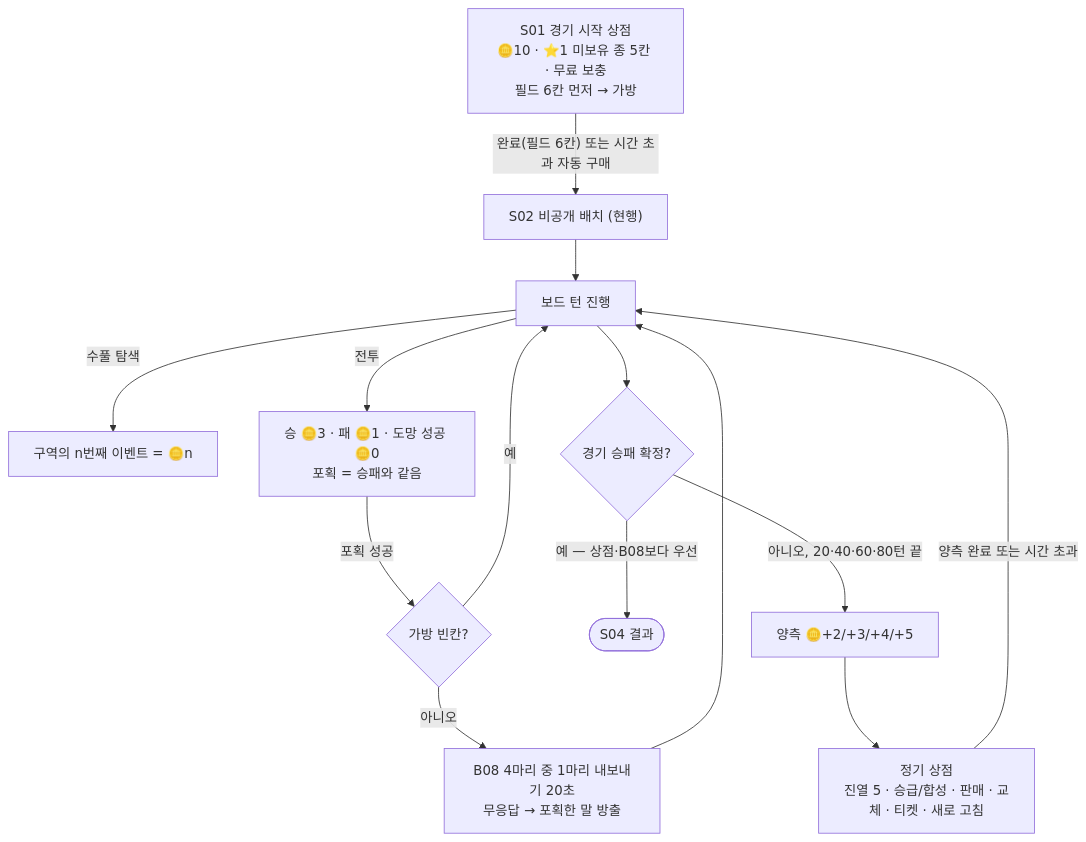
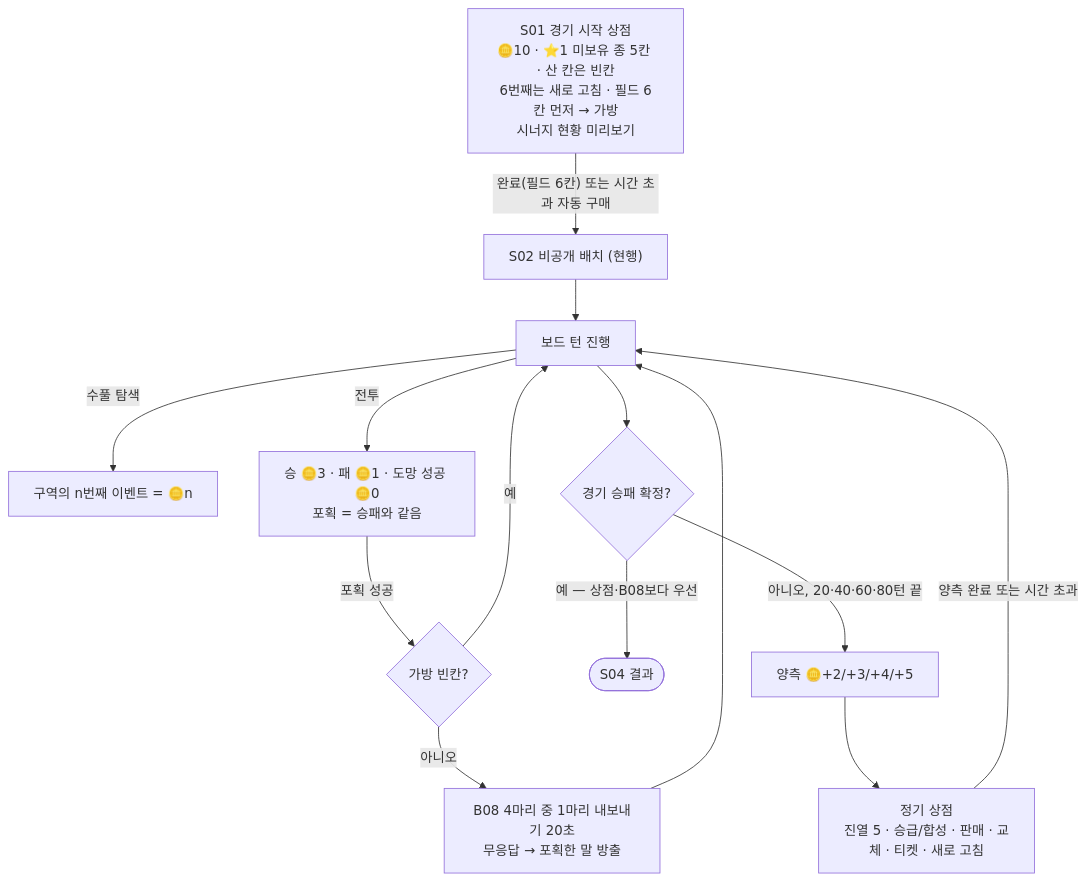
Before and after one commit to ChangjoSung/Digit-Duel: the diagram in docs/milestone/v0.4.11/issues/236/Venus/report.md, drawn with Mermaid. The commit also changed other lines of this file and 8 other files, not shown here.

````diff
--- a/docs/milestone/v0.4.11/issues/236/Venus/report.md
+++ b/docs/milestone/v0.4.11/issues/236/Venus/report.md
@@ -33,16 +35,16 @@
 ```mermaid
 flowchart TD
-  S01["S01 경기 시작 상점<br/>🪙10 · ⭐1 미보유 종 5칸 · 무료 보충<br/>필드 6칸 먼저 → 가방"] -->|"완료(필드 6칸) 또는 시간 초과 자동 구매"| S02["S02 비공개 배치 (현행)"]
+  S01["S01 경기 시작 상점<br/>🪙10 · ⭐1 미보유 종 5칸 · 산 칸은 빈칸<br/>6번째는 새로 고침 · 필드 6칸 먼저 → 가방<br/>시너지 현황 미리보기"] -->|"완료(필드 6칸) 또는 시간 초과 자동 구매"| S02["S02 비공개 배치 (현행)"]
   S02 --> P["보드 턴 진행"]
   P -->|"수풀 탐색"| C1["구역의 n번째 이벤트 = 🪙n"]
   P -->|"전투"| C2["승 🪙3 · 패 🪙1 · 도망 성공 🪙0<br/>포획 = 승패와 같음"]
   C2 -->|"포획 성공"| BAG{"가방 빈칸?"}
   BAG -->|"예"| P
   BAG -->|"아니오"| B08["B08 4마리 중 1마리 내보내기 20초<br/>무응답 → 포획한 말 방출"]
   B08 --> P
   P --> END{"경기 승패 확정?"}
   END -->|"예 — 상점·B08보다 우선"| S04(["S04 결과"])
   END -->|"아니오, 20·40·60·80턴 끝"| BONUS["양측 🪙+2/+3/+4/+5"]
   BONUS --> M01["정기 상점<br/>진열 5 · 승급/합성 · 판매 · 교체 · 티켓 · 새로 고침"]
   M01 -->|"양측 완료 또는 시간 초과"| P
 ```
````
